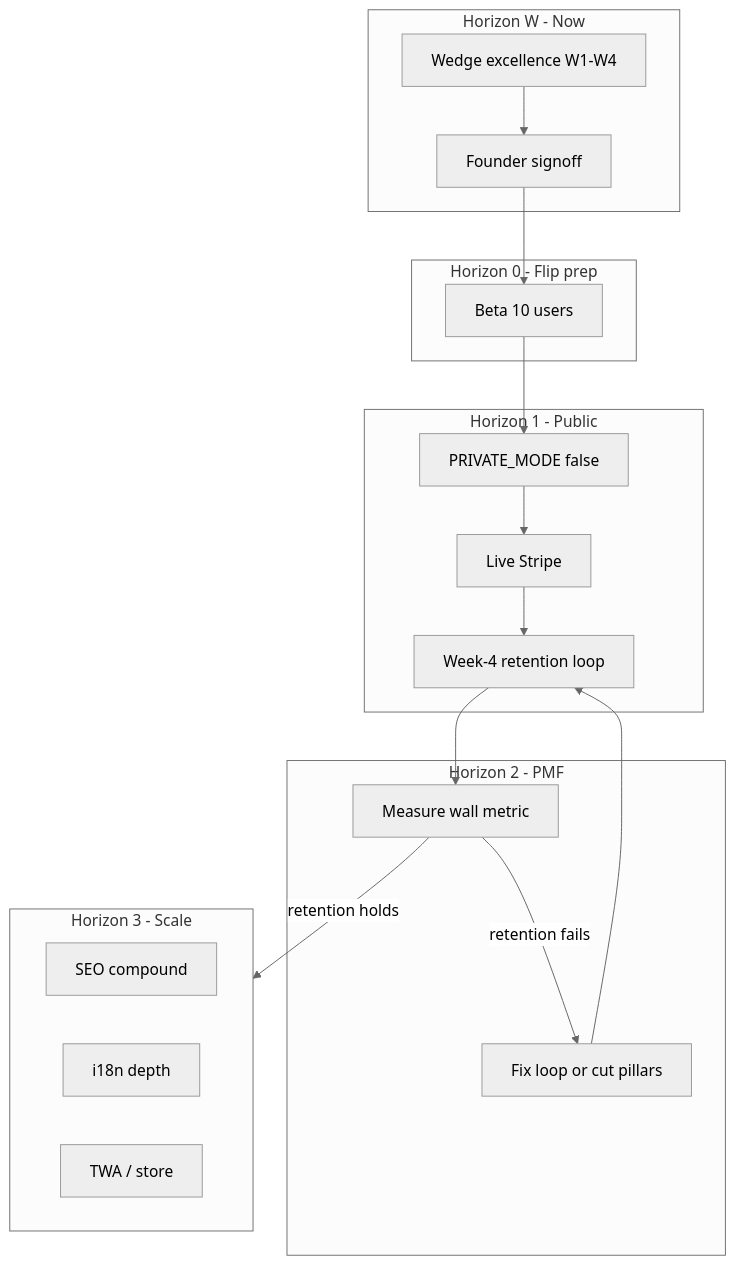
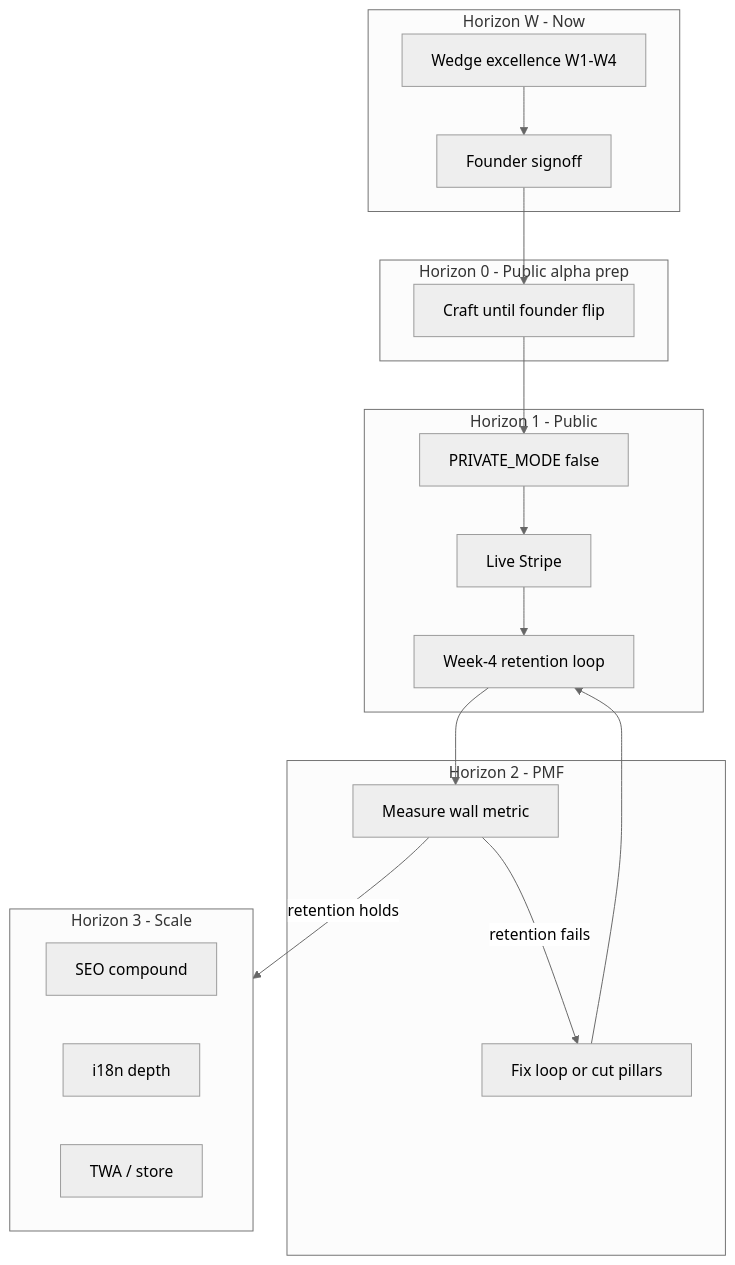
One commit to Snedz/missionwinning changed the diagram in ORCHESTRATION.md. Above: the diagram before and after it, drawn with Mermaid (neutral theme). The commit also changed other lines of this file and 22 other files, not shown here.

First line of the commit message:
Public alpha is the standing launch [skip vercel]

````diff
--- a/ORCHESTRATION.md
+++ b/ORCHESTRATION.md
@@ -66,28 +66,28 @@
 ```mermaid
 flowchart TB
   subgraph HW [Horizon W - Now]
     W[Wedge excellence W1-W4]
     S[Founder signoff]
   end
-  subgraph H0 [Horizon 0 - Flip prep]
-    B[Beta 10 users]
+  subgraph H0 [Horizon 0 - Public alpha prep]
+    B[Craft until founder flip]
   end
   subgraph H1 [Horizon 1 - Public]
     P[PRIVATE_MODE false]
     S2[Live Stripe]
     R[Week-4 retention loop]
   end
   subgraph H2 [Horizon 2 - PMF]
     M[Measure wall metric]
     F[Fix loop or cut pillars]
   end
   subgraph H3 [Horizon 3 - Scale]
     SEO[SEO compound]
     I18N[i18n depth]
     TWA[TWA / store]
   end
   W --> S --> B --> P --> S2 --> R --> M
   M -->|retention holds| H3
   M -->|retention fails| F
   F --> R
 ```
````
